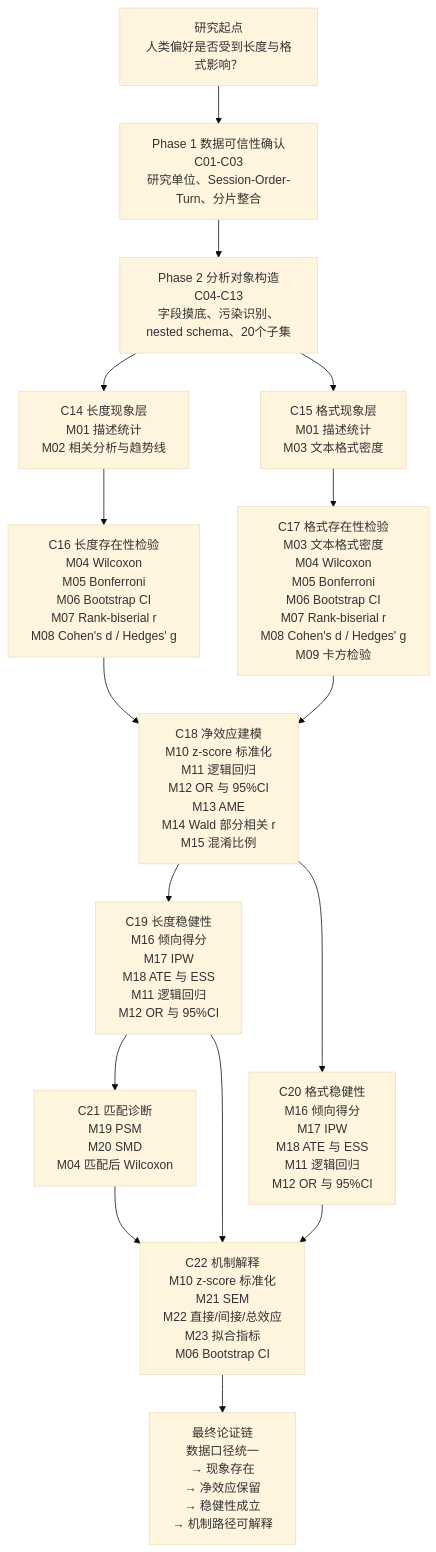
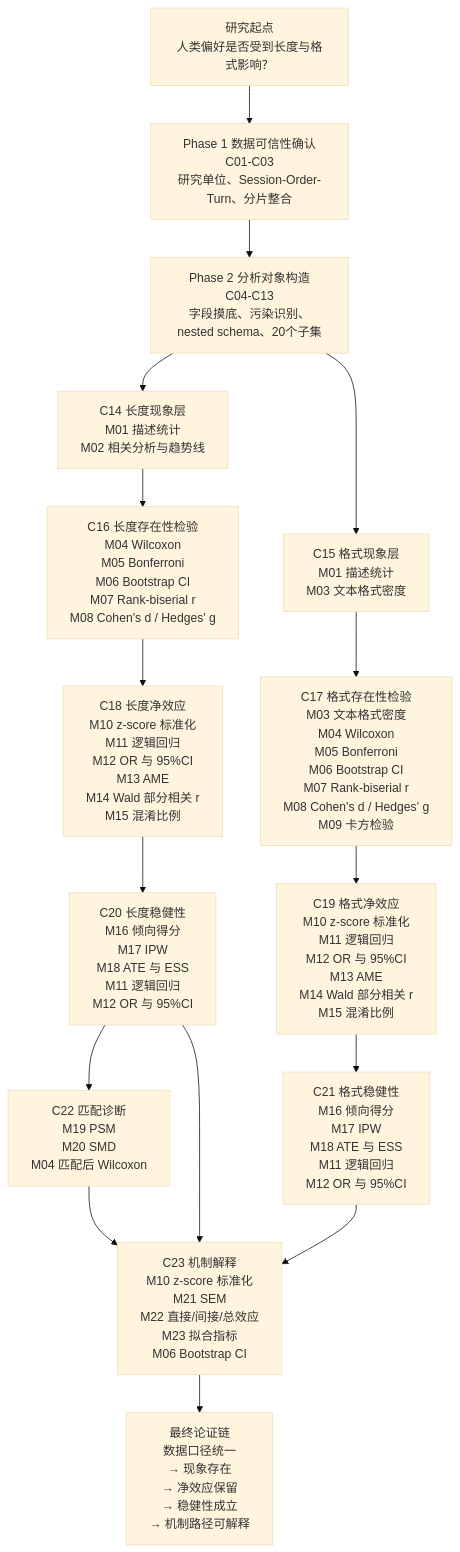
One commit to LargeLiang/MUC-QMJH changed the diagram in References/Introductions/statistical_logic_chain.md. Above: the diagram before and after it, drawn with Mermaid (base theme). The commit also changed other lines of this file and 116 other files, not shown here.

````diff
--- a/References/Introductions/statistical_logic_chain.md
+++ b/References/Introductions/statistical_logic_chain.md
@@ -10,24 +10,24 @@
 ```mermaid
 flowchart TD
     A["研究起点\n人类偏好是否受到长度与格式影响？"] --> B["Phase 1 数据可信性确认\nC01-C03\n研究单位、Session-Order-Turn、分片整合"]
     B --> C["Phase 2 分析对象构造\nC04-C13\n字段摸底、污染识别、nested schema、20个子集"]
 
     C --> D1["C14 长度现象层\nM01 描述统计\nM02 相关分析与趋势线"]
     C --> D2["C15 格式现象层\nM01 描述统计\nM03 文本格式密度"]
 
     D1 --> E1["C16 长度存在性检验\nM04 Wilcoxon\nM05 Bonferroni\nM06 Bootstrap CI\nM07 Rank-biserial r\nM08 Cohen's d / Hedges' g"]
     D2 --> E2["C17 格式存在性检验\nM03 文本格式密度\nM04 Wilcoxon\nM05 Bonferroni\nM06 Bootstrap CI\nM07 Rank-biserial r\nM08 Cohen's d / Hedges' g\nM09 卡方检验"]
 
-    E1 --> F["C18 净效应建模\nM10 z-score 标准化\nM11 逻辑回归\nM12 OR 与 95%CI\nM13 AME\nM14 Wald 部分相关 r\nM15 混淆比例"]
-    E2 --> F
+    E1 --> F1["C18 长度净效应\nM10 z-score 标准化\nM11 逻辑回归\nM12 OR 与 95%CI\nM13 AME\nM14 Wald 部分相关 r\nM15 混淆比例"]
+    E2 --> F2["C19 格式净效应\nM10 z-score 标准化\nM11 逻辑回归\nM12 OR 与 95%CI\nM13 AME\nM14 Wald 部分相关 r\nM15 混淆比例"]
 
-    F --> G1["C19 长度稳健性\nM16 倾向得分\nM17 IPW\nM18 ATE 与 ESS\nM11 逻辑回归\nM12 OR 与 95%CI"]
-    F --> G2["C20 格式稳健性\nM16 倾向得分\nM17 IPW\nM18 ATE 与 ESS\nM11 逻辑回归\nM12 OR 与 95%CI"]
-    G1 --> G3["C21 匹配诊断\nM19 PSM\nM20 SMD\nM04 匹配后 Wilcoxon"]
+    F1 --> G1["C20 长度稳健性\nM16 倾向得分\nM17 IPW\nM18 ATE 与 ESS\nM11 逻辑回归\nM12 OR 与 95%CI"]
+    F2 --> G2["C21 格式稳健性\nM16 倾向得分\nM17 IPW\nM18 ATE 与 ESS\nM11 逻辑回归\nM12 OR 与 95%CI"]
+    G1 --> G3["C22 匹配诊断\nM19 PSM\nM20 SMD\nM04 匹配后 Wilcoxon"]
 
-    G1 --> H["C22 机制解释\nM10 z-score 标准化\nM21 SEM\nM22 直接/间接/总效应\nM23 拟合指标\nM06 Bootstrap CI"]
+    G1 --> H["C23 机制解释\nM10 z-score 标准化\nM21 SEM\nM22 直接/间接/总效应\nM23 拟合指标\nM06 Bootstrap CI"]
     G2 --> H
     G3 --> H
 
     H --> I["最终论证链\n数据口径统一\n→ 现象存在\n→ 净效应保留\n→ 稳健性成立\n→ 机制路径可解释"]
 ```
````
